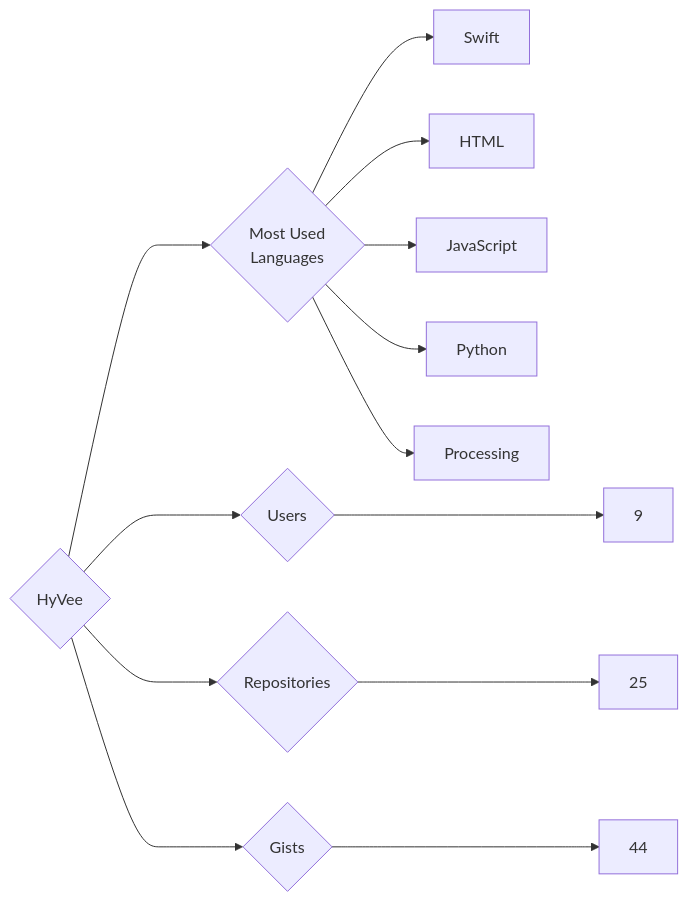
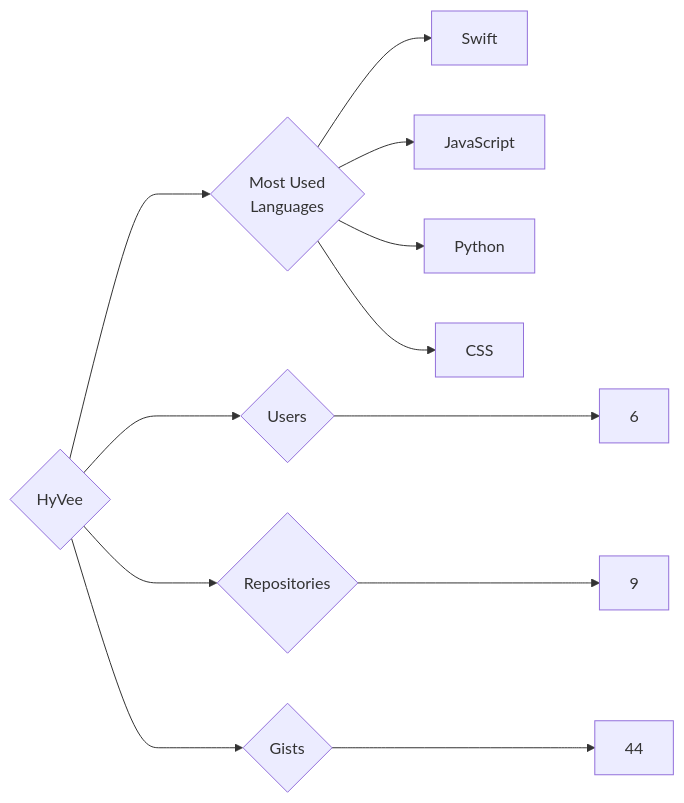
The diagram in targets/HyVee/README.md (trickest/insiders), drawn with Mermaid before and after one commit. The commit also changed 679 other files, not shown here.

````diff
--- a/targets/HyVee/README.md
+++ b/targets/HyVee/README.md
@@ -3,13 +3,12 @@
 ```mermaid
 graph LR
 COMPANY_NAME{HyVee}
-COMPANY_NAME ---> U{Users} ---> UN[9]
-COMPANY_NAME ---> R{Repositories} ---> RN[25]
+COMPANY_NAME ---> U{Users} ---> UN[6]
+COMPANY_NAME ---> R{Repositories} ---> RN[9]
 COMPANY_NAME ---> G{Gists} ---> GN[44]
 COMPANY_NAME ---> ML{Most Used<br>Languages}
 ML --> Swift[Swift]
-ML --> HTML[HTML]
 ML --> JavaScript[JavaScript]
 ML --> Python[Python]
-ML --> Processing[Processing]
+ML --> CSS[CSS]
 ```
````
